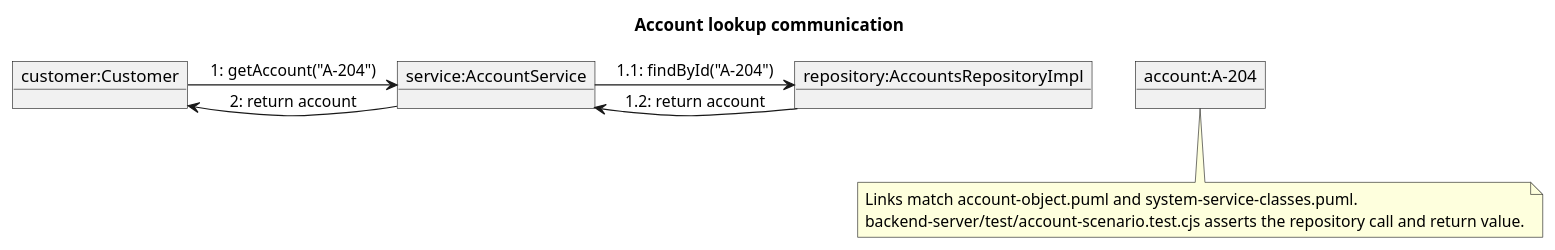
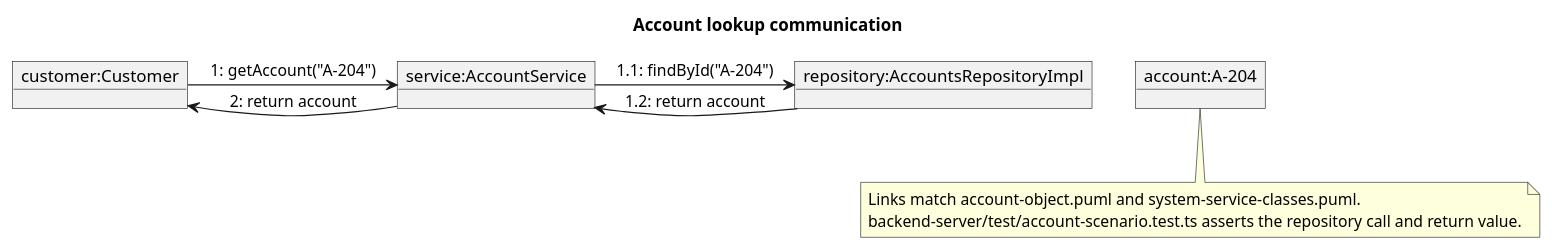
Before and after one commit to Ammar-M-Eid/Sigma-Pay: the diagram in DOCS/PM2/account-communication.puml, drawn with PlantUML. The commit also changed other lines of this file and 38 other files, not shown here.

```diff
--- a/DOCS/PM2/account-communication.puml
+++ b/DOCS/PM2/account-communication.puml
@@ -1,15 +1,15 @@
 @startuml
 title Account lookup communication
 object "customer:Customer" as C
 object "service:AccountService" as S
 object "repository:AccountsRepositoryImpl" as R
 object "account:A-204" as A
 C -> S : 1: getAccount("A-204")
 S -> R : 1.1: findById("A-204")
 R --> S : 1.2: return account
 S --> C : 2: return account
 note bottom
 Links match account-object.puml and system-service-classes.puml.
-backend-server/test/account-scenario.test.cjs asserts the repository call and return value.
+backend-server/test/account-scenario.test.ts asserts the repository call and return value.
 end note
 @enduml
```
